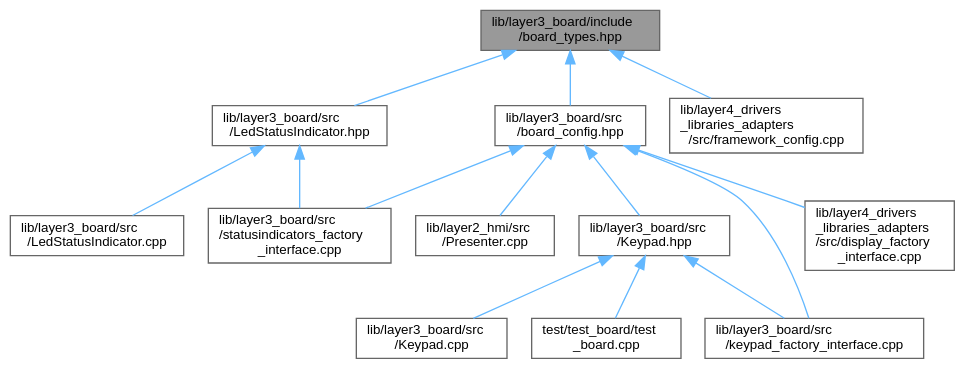
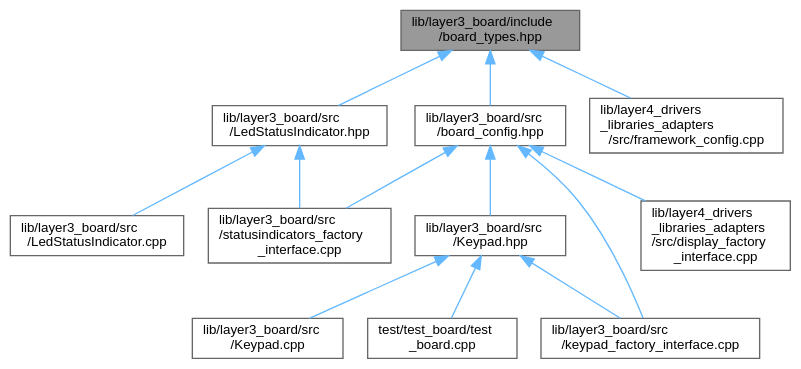
The diagram in feature/clean-structure-for-hmi-interaction/board__types_8hpp__dep__incl.dot (Task-Tracker-Systems/Task-Tracker-Device), drawn with Graphviz before and after one commit. The commit also changed 245 other files, not shown here.

```diff
--- a/feature/clean-structure-for-hmi-interaction/board__types_8hpp__dep__incl.dot
+++ b/feature/clean-structure-for-hmi-interaction/board__types_8hpp__dep__incl.dot
@@ -1,32 +1,30 @@
 digraph "lib/layer3_board/include/board_types.hpp"
 {
  // LATEX_PDF_SIZE
   bgcolor="transparent";
   edge [fontname=Helvetica,fontsize=10,labelfontname=Helvetica,labelfontsize=10];
   node [fontname=Helvetica,fontsize=10,shape=box,height=0.2,width=0.4];
   Node1 [id="Node000001",label="lib/layer3_board/include\l/board_types.hpp",height=0.2,width=0.4,color="gray40", fillcolor="grey60", style="filled", fontcolor="black",tooltip=" "];
   Node1 -> Node2 [id="edge1_Node000001_Node000002",dir="back",color="steelblue1",style="solid",tooltip=" "];
   Node2 [id="Node000002",label="lib/layer3_board/src\l/LedStatusIndicator.hpp",height=0.2,width=0.4,color="grey40", fillcolor="white", style="filled",URL="$LedStatusIndicator_8hpp.xhtml",tooltip=" "];
   Node2 -> Node3 [id="edge2_Node000002_Node000003",dir="back",color="steelblue1",style="solid",tooltip=" "];
   Node3 [id="Node000003",label="lib/layer3_board/src\l/LedStatusIndicator.cpp",height=0.2,width=0.4,color="grey40", fillcolor="white", style="filled",URL="$LedStatusIndicator_8cpp.xhtml",tooltip=" "];
   Node2 -> Node4 [id="edge3_Node000002_Node000004",dir="back",color="steelblue1",style="solid",tooltip=" "];
   Node4 [id="Node000004",label="lib/layer3_board/src\l/statusindicators_factory\l_interface.cpp",height=0.2,width=0.4,color="grey40", fillcolor="white", style="filled",URL="$statusindicators__factory__interface_8cpp.xhtml",tooltip=" "];
   Node1 -> Node5 [id="edge4_Node000001_Node000005",dir="back",color="steelblue1",style="solid",tooltip=" "];
   Node5 [id="Node000005",label="lib/layer3_board/src\l/board_config.hpp",height=0.2,width=0.4,color="grey40", fillcolor="white", style="filled",URL="$board__config_8hpp.xhtml",tooltip="Provides named objects for the pins provided by the board."];
   Node5 -> Node6 [id="edge5_Node000005_Node000006",dir="back",color="steelblue1",style="solid",tooltip=" "];
-  Node6 [id="Node000006",label="lib/layer2_hmi/src\l/Presenter.cpp",height=0.2,width=0.4,color="grey40", fillcolor="white", style="filled",URL="$Presenter_8cpp.xhtml",tooltip=" "];
-  Node5 -> Node7 [id="edge6_Node000005_Node000007",dir="back",color="steelblue1",style="solid",tooltip=" "];
-  Node7 [id="Node000007",label="lib/layer3_board/src\l/Keypad.hpp",height=0.2,width=0.4,color="grey40", fillcolor="white", style="filled",URL="$Keypad_8hpp.xhtml",tooltip=" "];
-  Node7 -> Node8 [id="edge7_Node000007_Node000008",dir="back",color="steelblue1",style="solid",tooltip=" "];
-  Node8 [id="Node000008",label="lib/layer3_board/src\l/Keypad.cpp",height=0.2,width=0.4,color="grey40", fillcolor="white", style="filled",URL="$Keypad_8cpp.xhtml",tooltip=" "];
-  Node7 -> Node9 [id="edge8_Node000007_Node000009",dir="back",color="steelblue1",style="solid",tooltip=" "];
-  Node9 [id="Node000009",label="lib/layer3_board/src\l/keypad_factory_interface.cpp",height=0.2,width=0.4,color="grey40", fillcolor="white", style="filled",URL="$keypad__factory__interface_8cpp.xhtml",tooltip=" "];
-  Node7 -> Node10 [id="edge9_Node000007_Node000010",dir="back",color="steelblue1",style="solid",tooltip=" "];
-  Node10 [id="Node000010",label="test/test_board/test\l_board.cpp",height=0.2,width=0.4,color="grey40", fillcolor="white", style="filled",URL="$test__board_8cpp.xhtml",tooltip=" "];
-  Node5 -> Node9 [id="edge10_Node000005_Node000009",dir="back",color="steelblue1",style="solid",tooltip=" "];
-  Node5 -> Node4 [id="edge11_Node000005_Node000004",dir="back",color="steelblue1",style="solid",tooltip=" "];
-  Node5 -> Node11 [id="edge12_Node000005_Node000011",dir="back",color="steelblue1",style="solid",tooltip=" "];
-  Node11 [id="Node000011",label="lib/layer4_drivers\l_libraries_adapters\l/src/display_factory\l_interface.cpp",height=0.2,width=0.4,color="grey40", fillcolor="white", style="filled",URL="$display__factory__interface_8cpp.xhtml",tooltip=" "];
-  Node1 -> Node12 [id="edge13_Node000001_Node000012",dir="back",color="steelblue1",style="solid",tooltip=" "];
-  Node12 [id="Node000012",label="lib/layer4_drivers\l_libraries_adapters\l/src/framework_config.cpp",height=0.2,width=0.4,color="grey40", fillcolor="white", style="filled",URL="$framework__config_8cpp.xhtml",tooltip=" "];
+  Node6 [id="Node000006",label="lib/layer3_board/src\l/Keypad.hpp",height=0.2,width=0.4,color="grey40", fillcolor="white", style="filled",URL="$Keypad_8hpp.xhtml",tooltip=" "];
+  Node6 -> Node7 [id="edge6_Node000006_Node000007",dir="back",color="steelblue1",style="solid",tooltip=" "];
+  Node7 [id="Node000007",label="lib/layer3_board/src\l/Keypad.cpp",height=0.2,width=0.4,color="grey40", fillcolor="white", style="filled",URL="$Keypad_8cpp.xhtml",tooltip=" "];
+  Node6 -> Node8 [id="edge7_Node000006_Node000008",dir="back",color="steelblue1",style="solid",tooltip=" "];
+  Node8 [id="Node000008",label="lib/layer3_board/src\l/keypad_factory_interface.cpp",height=0.2,width=0.4,color="grey40", fillcolor="white", style="filled",URL="$keypad__factory__interface_8cpp.xhtml",tooltip=" "];
+  Node6 -> Node9 [id="edge8_Node000006_Node000009",dir="back",color="steelblue1",style="solid",tooltip=" "];
+  Node9 [id="Node000009",label="test/test_board/test\l_board.cpp",height=0.2,width=0.4,color="grey40", fillcolor="white", style="filled",URL="$test__board_8cpp.xhtml",tooltip=" "];
+  Node5 -> Node8 [id="edge9_Node000005_Node000008",dir="back",color="steelblue1",style="solid",tooltip=" "];
+  Node5 -> Node4 [id="edge10_Node000005_Node000004",dir="back",color="steelblue1",style="solid",tooltip=" "];
+  Node5 -> Node10 [id="edge11_Node000005_Node000010",dir="back",color="steelblue1",style="solid",tooltip=" "];
+  Node10 [id="Node000010",label="lib/layer4_drivers\l_libraries_adapters\l/src/display_factory\l_interface.cpp",height=0.2,width=0.4,color="grey40", fillcolor="white", style="filled",URL="$display__factory__interface_8cpp.xhtml",tooltip=" "];
+  Node1 -> Node11 [id="edge12_Node000001_Node000011",dir="back",color="steelblue1",style="solid",tooltip=" "];
+  Node11 [id="Node000011",label="lib/layer4_drivers\l_libraries_adapters\l/src/framework_config.cpp",height=0.2,width=0.4,color="grey40", fillcolor="white", style="filled",URL="$framework__config_8cpp.xhtml",tooltip=" "];
 }
```
